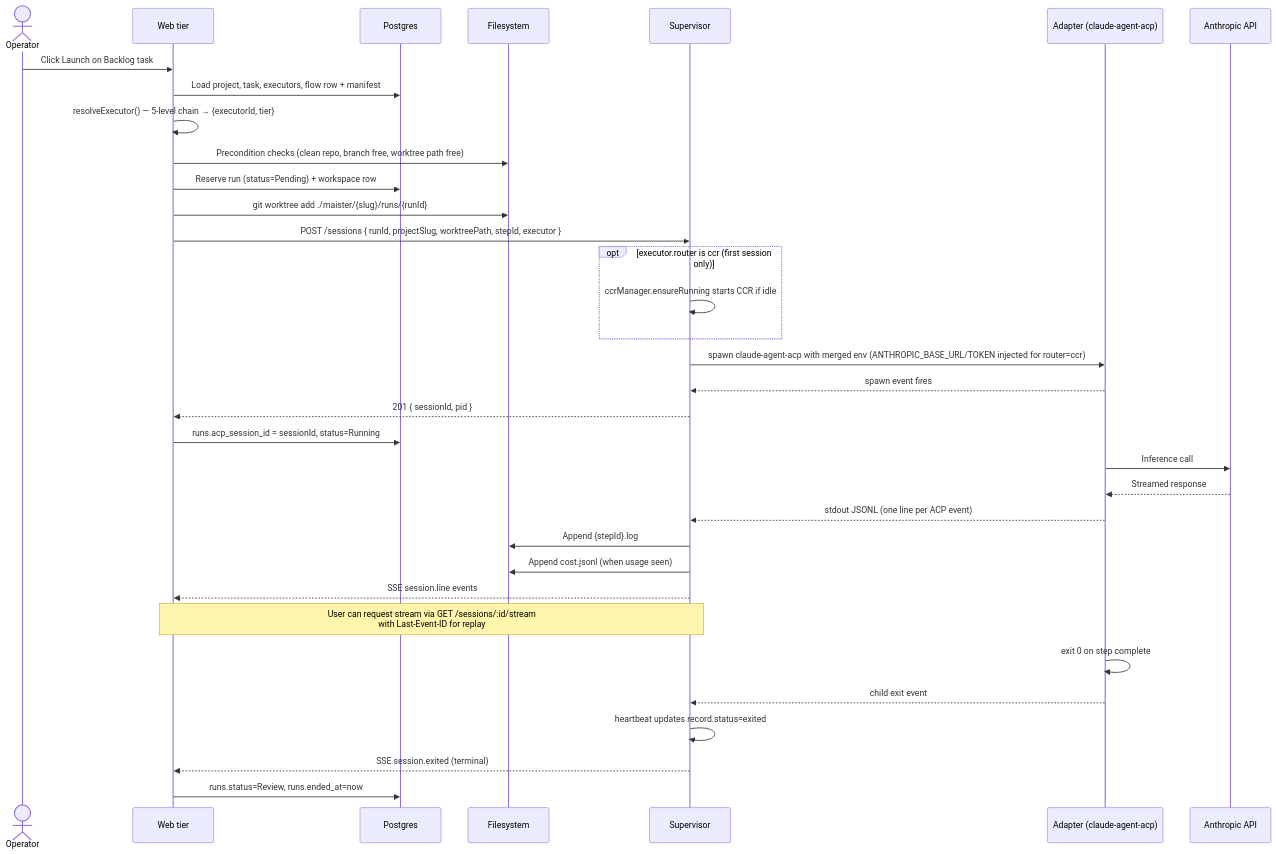
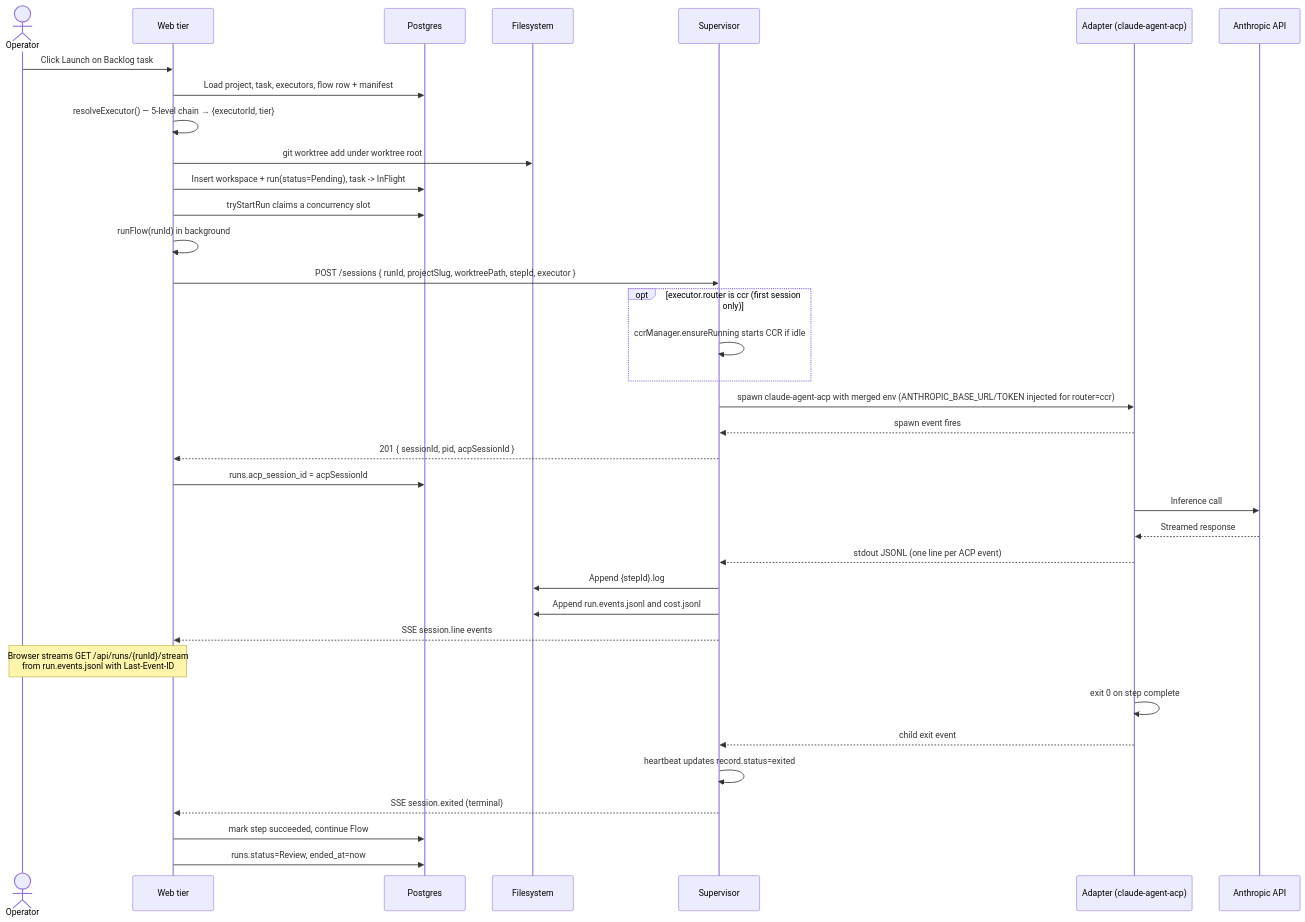
Before and after one commit to maister-dev/maister: the fifth of 7 diagrams in docs/architecture.md, drawn with Mermaid. The commit also changed other lines of this file and 46 other files, not shown here.

````diff
--- a/docs/architecture.md
+++ b/docs/architecture.md
@@ -284,40 +297,42 @@
 ```mermaid
 sequenceDiagram
     actor U as Operator
     participant W as Web tier
     participant DB as Postgres
     participant FS as Filesystem
     participant S as Supervisor
     participant A as Adapter (claude-agent-acp)
     participant LLM as Anthropic API
 
     U->>W: Click Launch on Backlog task
     W->>DB: Load project, task, executors, flow row + manifest
     W->>W: resolveExecutor() — 5-level chain → {executorId, tier}
-    W->>FS: Precondition checks (clean repo, branch free, worktree path free)
-    W->>DB: Reserve run (status=Pending) + workspace row
-    W->>FS: git worktree add ./maister/{slug}/runs/{runId}
+    W->>FS: git worktree add under worktree root
+    W->>DB: Insert workspace + run(status=Pending), task -> InFlight
+    W->>DB: tryStartRun claims a concurrency slot
+    W->>W: runFlow(runId) in background
     W->>S: POST /sessions { runId, projectSlug, worktreePath, stepId, executor }
     opt executor.router is ccr (first session only)
         S->>S: ccrManager.ensureRunning starts CCR if idle
     end
     S->>A: spawn claude-agent-acp with merged env (ANTHROPIC_BASE_URL/TOKEN injected for router=ccr)
     A-->>S: spawn event fires
-    S-->>W: 201 { sessionId, pid }
-    W->>DB: runs.acp_session_id = sessionId, status=Running
+    S-->>W: 201 { sessionId, pid, acpSessionId }
+    W->>DB: runs.acp_session_id = acpSessionId
 
     A->>LLM: Inference call
     LLM-->>A: Streamed response
     A-->>S: stdout JSONL (one line per ACP event)
     S->>FS: Append {stepId}.log
-    S->>FS: Append cost.jsonl (when usage seen)
+    S->>FS: Append run.events.jsonl and cost.jsonl
     S-->>W: SSE session.line events
 
-    Note over W,S: User can request stream via GET /sessions/:id/stream<br/>with Last-Event-ID for replay
+    Note over U,W: Browser streams GET /api/runs/{runId}/stream<br/>from run.events.jsonl with Last-Event-ID
 
     A->>A: exit 0 on step complete
     A-->>S: child exit event
     S->>S: heartbeat updates record.status=exited
     S-->>W: SSE session.exited (terminal)
-    W->>DB: runs.status=Review, runs.ended_at=now
+    W->>DB: mark step succeeded, continue Flow
+    W->>DB: runs.status=Review, ended_at=now
 ```
````
